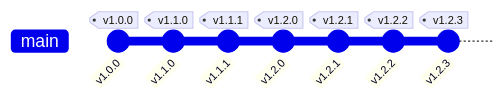
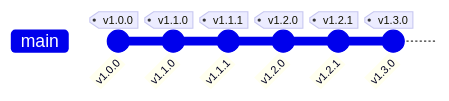
One commit to TomsTech/spotify-genre-sorter changed the third of 3 diagrams in README.md. Above: the diagram before and after it, drawn with Mermaid. The commit also changed other lines of this file, not shown here.

Commit message:
docs: update version history for v1.3.0

````diff
--- a/README.md
+++ b/README.md
@@ -361,10 +361,9 @@
 ```mermaid
 gitGraph
    commit id: "v1.0.0" tag: "v1.0.0"
    commit id: "v1.1.0" tag: "v1.1.0"
    commit id: "v1.1.1" tag: "v1.1.1"
    commit id: "v1.2.0" tag: "v1.2.0"
    commit id: "v1.2.1" tag: "v1.2.1"
-   commit id: "v1.2.2" tag: "v1.2.2"
-   commit id: "v1.2.3" tag: "v1.2.3"
+   commit id: "v1.3.0" tag: "v1.3.0"
 ```
````
